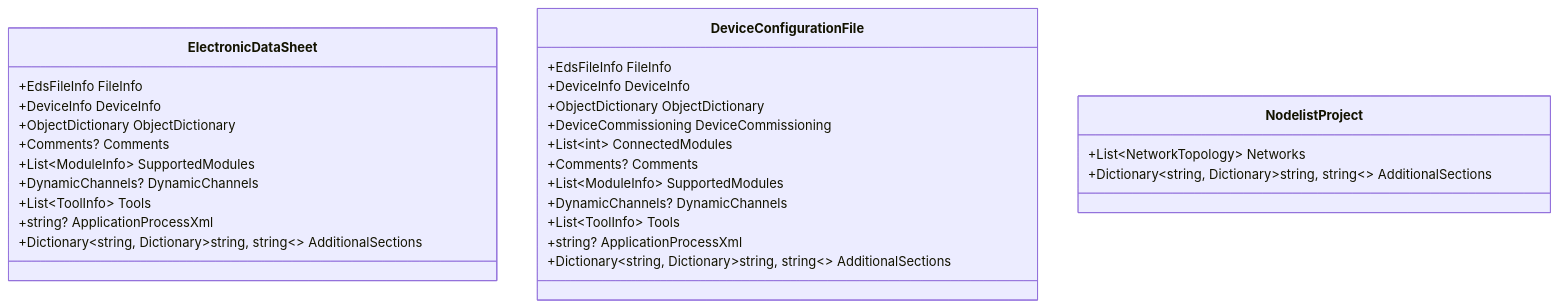
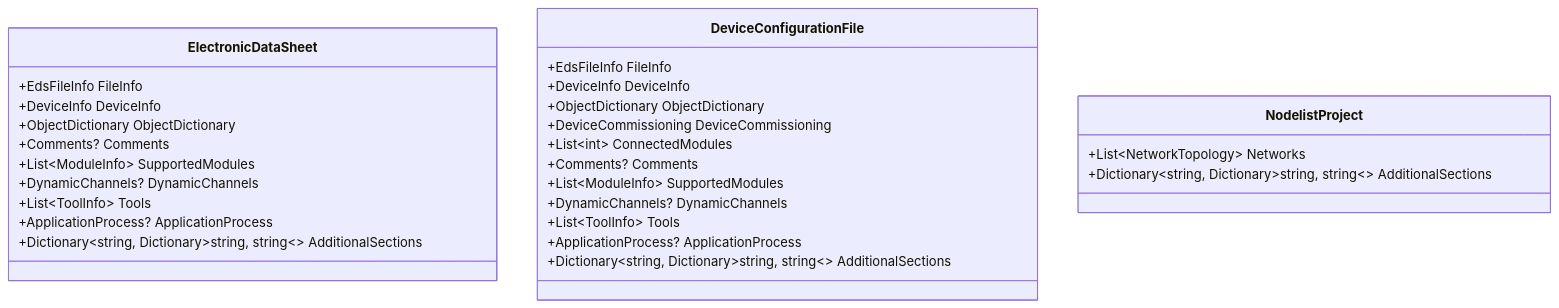
One commit to dborgards/eds-dcf-net changed the fourth of 7 diagrams in docs/architecture/05-building-block-view.md. Above: the diagram before and after it, drawn with Mermaid. The commit also changed other lines of this file and 4 other files, not shown here.

First line of the commit message:
docs: update docs for typed ApplicationProcess model (CiA 311 §6.4.5) (#71)

````diff
--- a/docs/architecture/05-building-block-view.md
+++ b/docs/architecture/05-building-block-view.md
@@ -154,33 +154,33 @@
 ```mermaid
 classDiagram
     class ElectronicDataSheet {
         +EdsFileInfo FileInfo
         +DeviceInfo DeviceInfo
         +ObjectDictionary ObjectDictionary
         +Comments? Comments
         +List~ModuleInfo~ SupportedModules
         +DynamicChannels? DynamicChannels
         +List~ToolInfo~ Tools
-        +string? ApplicationProcessXml
+        +ApplicationProcess? ApplicationProcess
         +Dictionary~string, Dictionary~string, string~~ AdditionalSections
     }
 
     class DeviceConfigurationFile {
         +EdsFileInfo FileInfo
         +DeviceInfo DeviceInfo
         +ObjectDictionary ObjectDictionary
         +DeviceCommissioning DeviceCommissioning
         +List~int~ ConnectedModules
         +Comments? Comments
         +List~ModuleInfo~ SupportedModules
         +DynamicChannels? DynamicChannels
         +List~ToolInfo~ Tools
-        +string? ApplicationProcessXml
+        +ApplicationProcess? ApplicationProcess
         +Dictionary~string, Dictionary~string, string~~ AdditionalSections
     }
 
     class NodelistProject {
         +List~NetworkTopology~ Networks
         +Dictionary~string, Dictionary~string, string~~ AdditionalSections
     }
 ```
````
